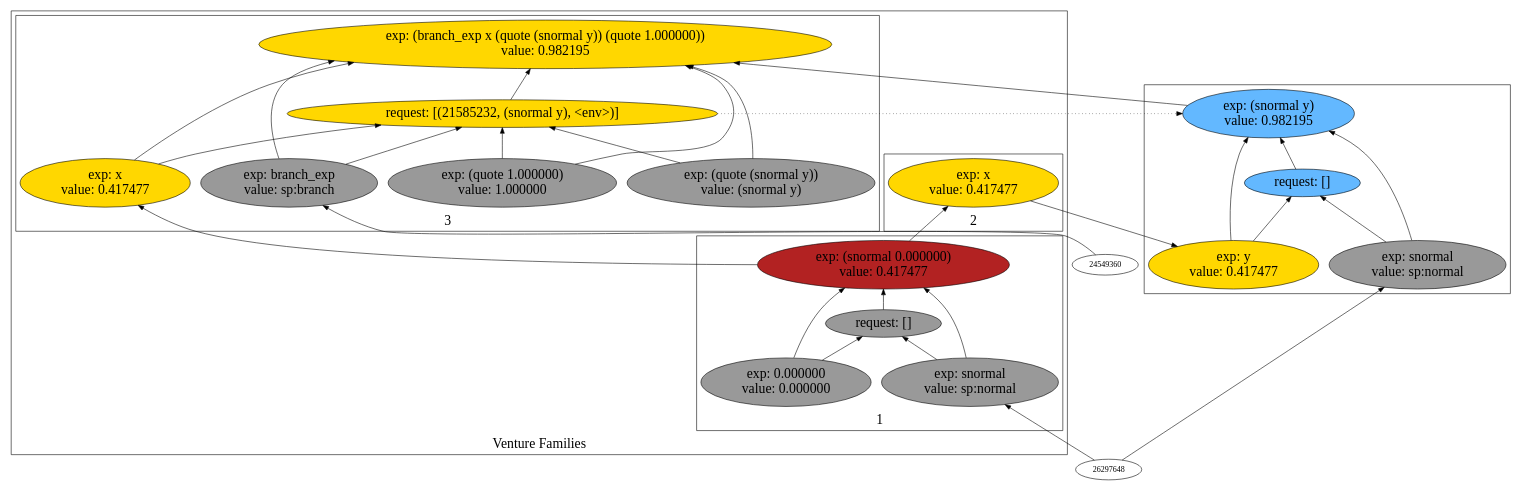
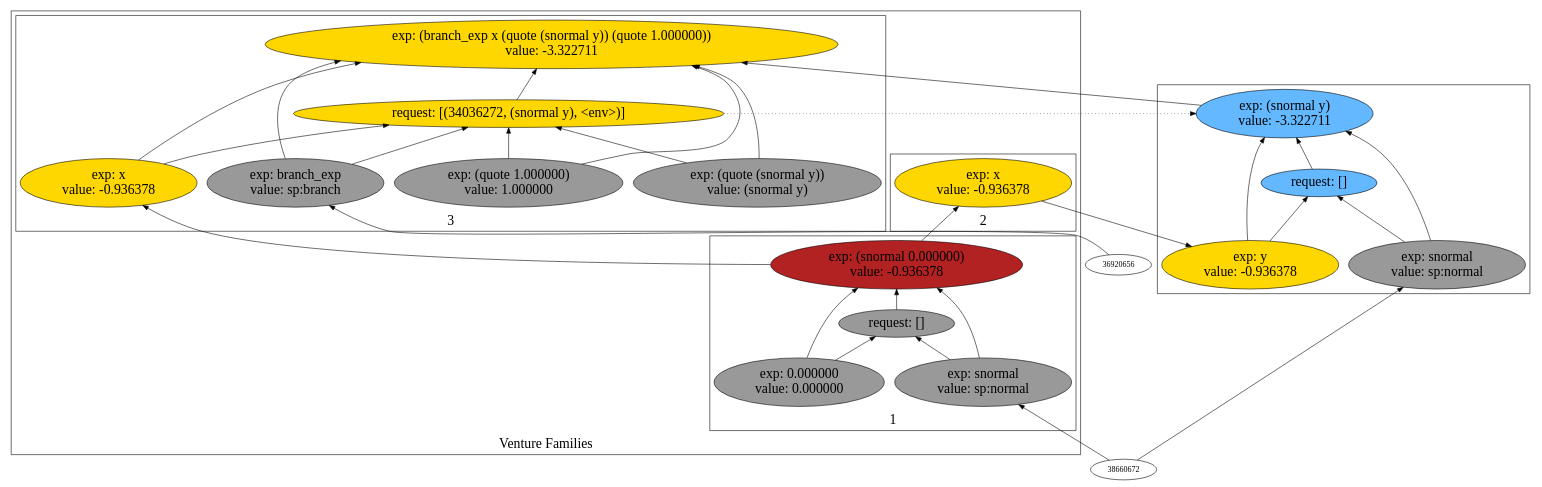
One commit to probcomp/Venturecxx changed the diagram in backend/cxx/pdf_graphs/regen_to_eval_to_regen/dot5.dot. Above: the diagram before and after it, drawn with Graphviz. The commit also changed 374 other files, not shown here.

```diff
--- a/backend/cxx/pdf_graphs/regen_to_eval_to_regen/dot5.dot
+++ b/backend/cxx/pdf_graphs/regen_to_eval_to_regen/dot5.dot
@@ -1,67 +1,67 @@
 digraph {
 rankdir=BT
 fontsize=24
 subgraph cluster1 {
 label="Venture Families"
 subgraph cluster2 {
 label="1"
-"24548272"["fillcolor"="firebrick" "fontsize"="24" "label"="exp: (snormal 0.000000)\nvalue: 0.417477" "shape"="ellipse" "style"="filled" ]
-"24583872"["fillcolor"="grey60" "fontsize"="24" "label"="request: []" "shape"="ellipse" "style"="filled" ]
-"23849776"["fillcolor"="grey60" "fontsize"="24" "label"="exp: snormal\nvalue: sp:normal" "shape"="ellipse" "style"="filled" ]
-"24312720"["fillcolor"="grey60" "fontsize"="24" "label"="exp: 0.000000\nvalue: 0.000000" "shape"="ellipse" "style"="filled" ]
+"36919568"["fillcolor"="firebrick" "fontsize"="24" "label"="exp: (snormal 0.000000)\nvalue: -0.936378" "shape"="ellipse" "style"="filled" ]
+"38700016"["fillcolor"="grey60" "fontsize"="24" "label"="request: []" "shape"="ellipse" "style"="filled" ]
+"33092592"["fillcolor"="grey60" "fontsize"="24" "label"="exp: snormal\nvalue: sp:normal" "shape"="ellipse" "style"="filled" ]
+"33936992"["fillcolor"="grey60" "fontsize"="24" "label"="exp: 0.000000\nvalue: 0.000000" "shape"="ellipse" "style"="filled" ]
 }
 
 subgraph cluster3 {
 label="2"
-"21242832"["fillcolor"="gold" "fontsize"="24" "label"="exp: x\nvalue: 0.417477" "shape"="ellipse" "style"="filled" ]
+"33943744"["fillcolor"="gold" "fontsize"="24" "label"="exp: x\nvalue: -0.936378" "shape"="ellipse" "style"="filled" ]
 }
 
 subgraph cluster4 {
 label="3"
-"20015792"["fillcolor"="gold" "fontsize"="24" "label"="exp: (branch_exp x (quote (snormal y)) (quote 1.000000))\nvalue: 0.982195" "shape"="ellipse" "style"="filled" ]
-"21585232"["fillcolor"="gold" "fontsize"="24" "label"="request: [(21585232, (snormal y), <env>)]" "shape"="ellipse" "style"="filled" ]
-"20003376"["fillcolor"="grey60" "fontsize"="24" "label"="exp: branch_exp\nvalue: sp:branch" "shape"="ellipse" "style"="filled" ]
-"19542832"["fillcolor"="gold" "fontsize"="24" "label"="exp: x\nvalue: 0.417477" "shape"="ellipse" "style"="filled" ]
-"19090464"["fillcolor"="grey60" "fontsize"="24" "label"="exp: (quote (snormal y))\nvalue: (snormal y)" "shape"="ellipse" "style"="filled" ]
-"19527392"["fillcolor"="grey60" "fontsize"="24" "label"="exp: (quote 1.000000)\nvalue: 1.000000" "shape"="ellipse" "style"="filled" ]
+"29656560"["fillcolor"="gold" "fontsize"="24" "label"="exp: (branch_exp x (quote (snormal y)) (quote 1.000000))\nvalue: -3.322711" "shape"="ellipse" "style"="filled" ]
+"34036272"["fillcolor"="gold" "fontsize"="24" "label"="request: [(34036272, (snormal y), <env>)]" "shape"="ellipse" "style"="filled" ]
+"31341232"["fillcolor"="grey60" "fontsize"="24" "label"="exp: branch_exp\nvalue: sp:branch" "shape"="ellipse" "style"="filled" ]
+"31328816"["fillcolor"="gold" "fontsize"="24" "label"="exp: x\nvalue: -0.936378" "shape"="ellipse" "style"="filled" ]
+"30868272"["fillcolor"="grey60" "fontsize"="24" "label"="exp: (quote (snormal y))\nvalue: (snormal y)" "shape"="ellipse" "style"="filled" ]
+"30415904"["fillcolor"="grey60" "fontsize"="24" "label"="exp: (quote 1.000000)\nvalue: 1.000000" "shape"="ellipse" "style"="filled" ]
 }
 
 }
 
 subgraph cluster5 {
 label=""
-"17032960"["fillcolor"="steelblue1" "fontsize"="24" "label"="exp: (snormal y)\nvalue: 0.982195" "shape"="ellipse" "style"="filled" ]
-"19730320"["fillcolor"="steelblue1" "fontsize"="24" "label"="request: []" "shape"="ellipse" "style"="filled" ]
-"19757488"["fillcolor"="grey60" "fontsize"="24" "label"="exp: snormal\nvalue: sp:normal" "shape"="ellipse" "style"="filled" ]
-"22550704"["fillcolor"="gold" "fontsize"="24" "label"="exp: y\nvalue: 0.417477" "shape"="ellipse" "style"="filled" ]
+"31055760"["fillcolor"="steelblue1" "fontsize"="24" "label"="exp: (snormal y)\nvalue: -3.322711" "shape"="ellipse" "style"="filled" ]
+"30852832"["fillcolor"="steelblue1" "fontsize"="24" "label"="request: []" "shape"="ellipse" "style"="filled" ]
+"28358400"["fillcolor"="grey60" "fontsize"="24" "label"="exp: snormal\nvalue: sp:normal" "shape"="ellipse" "style"="filled" ]
+"31082928"["fillcolor"="gold" "fontsize"="24" "label"="exp: y\nvalue: -0.936378" "shape"="ellipse" "style"="filled" ]
 }
 
-"19757488" -> "17032960"["arrowhead"="normal" "color"="black" "constraint"="true" "style"="solid" ]
-"19757488" -> "19730320"["arrowhead"="normal" "color"="black" "constraint"="true" "style"="solid" ]
-"26297648" -> "19757488"["arrowhead"="normal" "color"="black" "constraint"="true" "style"="solid" ]
-"22550704" -> "17032960"["arrowhead"="normal" "color"="black" "constraint"="true" "style"="solid" ]
-"22550704" -> "19730320"["arrowhead"="normal" "color"="black" "constraint"="true" "style"="solid" ]
-"21242832" -> "22550704"["arrowhead"="normal" "color"="black" "constraint"="true" "style"="solid" ]
-"19730320" -> "17032960"["arrowhead"="normal" "color"="black" "constraint"="true" "style"="solid" ]
-"20003376" -> "20015792"["arrowhead"="normal" "color"="black" "constraint"="true" "style"="solid" ]
-"20003376" -> "21585232"["arrowhead"="normal" "color"="black" "constraint"="true" "style"="solid" ]
-"24549360" -> "20003376"["arrowhead"="normal" "color"="black" "constraint"="true" "style"="solid" ]
-"19542832" -> "20015792"["arrowhead"="normal" "color"="black" "constraint"="true" "style"="solid" ]
-"19542832" -> "21585232"["arrowhead"="normal" "color"="black" "constraint"="true" "style"="solid" ]
-"24548272" -> "19542832"["arrowhead"="normal" "color"="black" "constraint"="true" "style"="solid" ]
-"19090464" -> "20015792"["arrowhead"="normal" "color"="black" "constraint"="true" "style"="solid" ]
-"19090464" -> "21585232"["arrowhead"="normal" "color"="black" "constraint"="true" "style"="solid" ]
-"19527392" -> "20015792"["arrowhead"="normal" "color"="black" "constraint"="true" "style"="solid" ]
-"19527392" -> "21585232"["arrowhead"="normal" "color"="black" "constraint"="true" "style"="solid" ]
-"21585232" -> "20015792"["arrowhead"="normal" "color"="black" "constraint"="true" "style"="solid" ]
-"17032960" -> "20015792"["arrowhead"="normal" "color"="black" "constraint"="true" "style"="solid" ]
-"21585232" -> "17032960"["arrowhead"="normal" "color"="black" "constraint"="false" "style"="dotted" ]
-"24548272" -> "21242832"["arrowhead"="normal" "color"="black" "constraint"="true" "style"="solid" ]
-"23849776" -> "24548272"["arrowhead"="normal" "color"="black" "constraint"="true" "style"="solid" ]
-"23849776" -> "24583872"["arrowhead"="normal" "color"="black" "constraint"="true" "style"="solid" ]
-"26297648" -> "23849776"["arrowhead"="normal" "color"="black" "constraint"="true" "style"="solid" ]
-"24312720" -> "24548272"["arrowhead"="normal" "color"="black" "constraint"="true" "style"="solid" ]
-"24312720" -> "24583872"["arrowhead"="normal" "color"="black" "constraint"="true" "style"="solid" ]
-"24583872" -> "24548272"["arrowhead"="normal" "color"="black" "constraint"="true" "style"="solid" ]
+"31341232" -> "29656560"["arrowhead"="normal" "color"="black" "constraint"="true" "style"="solid" ]
+"31341232" -> "34036272"["arrowhead"="normal" "color"="black" "constraint"="true" "style"="solid" ]
+"36920656" -> "31341232"["arrowhead"="normal" "color"="black" "constraint"="true" "style"="solid" ]
+"31328816" -> "29656560"["arrowhead"="normal" "color"="black" "constraint"="true" "style"="solid" ]
+"31328816" -> "34036272"["arrowhead"="normal" "color"="black" "constraint"="true" "style"="solid" ]
+"36919568" -> "31328816"["arrowhead"="normal" "color"="black" "constraint"="true" "style"="solid" ]
+"30868272" -> "29656560"["arrowhead"="normal" "color"="black" "constraint"="true" "style"="solid" ]
+"30868272" -> "34036272"["arrowhead"="normal" "color"="black" "constraint"="true" "style"="solid" ]
+"30415904" -> "29656560"["arrowhead"="normal" "color"="black" "constraint"="true" "style"="solid" ]
+"30415904" -> "34036272"["arrowhead"="normal" "color"="black" "constraint"="true" "style"="solid" ]
+"34036272" -> "29656560"["arrowhead"="normal" "color"="black" "constraint"="true" "style"="solid" ]
+"31055760" -> "29656560"["arrowhead"="normal" "color"="black" "constraint"="true" "style"="solid" ]
+"34036272" -> "31055760"["arrowhead"="normal" "color"="black" "constraint"="false" "style"="dotted" ]
+"28358400" -> "31055760"["arrowhead"="normal" "color"="black" "constraint"="true" "style"="solid" ]
+"28358400" -> "30852832"["arrowhead"="normal" "color"="black" "constraint"="true" "style"="solid" ]
+"38660672" -> "28358400"["arrowhead"="normal" "color"="black" "constraint"="true" "style"="solid" ]
+"31082928" -> "31055760"["arrowhead"="normal" "color"="black" "constraint"="true" "style"="solid" ]
+"31082928" -> "30852832"["arrowhead"="normal" "color"="black" "constraint"="true" "style"="solid" ]
+"33943744" -> "31082928"["arrowhead"="normal" "color"="black" "constraint"="true" "style"="solid" ]
+"30852832" -> "31055760"["arrowhead"="normal" "color"="black" "constraint"="true" "style"="solid" ]
+"36919568" -> "33943744"["arrowhead"="normal" "color"="black" "constraint"="true" "style"="solid" ]
+"33092592" -> "36919568"["arrowhead"="normal" "color"="black" "constraint"="true" "style"="solid" ]
+"33092592" -> "38700016"["arrowhead"="normal" "color"="black" "constraint"="true" "style"="solid" ]
+"38660672" -> "33092592"["arrowhead"="normal" "color"="black" "constraint"="true" "style"="solid" ]
+"33936992" -> "36919568"["arrowhead"="normal" "color"="black" "constraint"="true" "style"="solid" ]
+"33936992" -> "38700016"["arrowhead"="normal" "color"="black" "constraint"="true" "style"="solid" ]
+"38700016" -> "36919568"["arrowhead"="normal" "color"="black" "constraint"="true" "style"="solid" ]
 
 }
```
